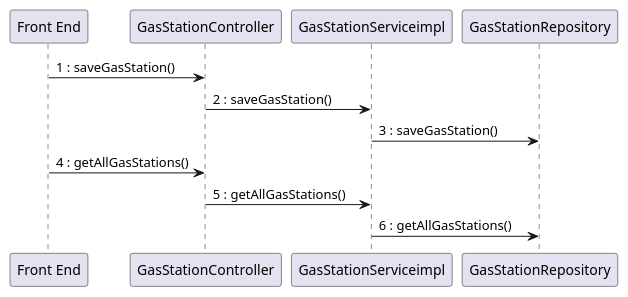
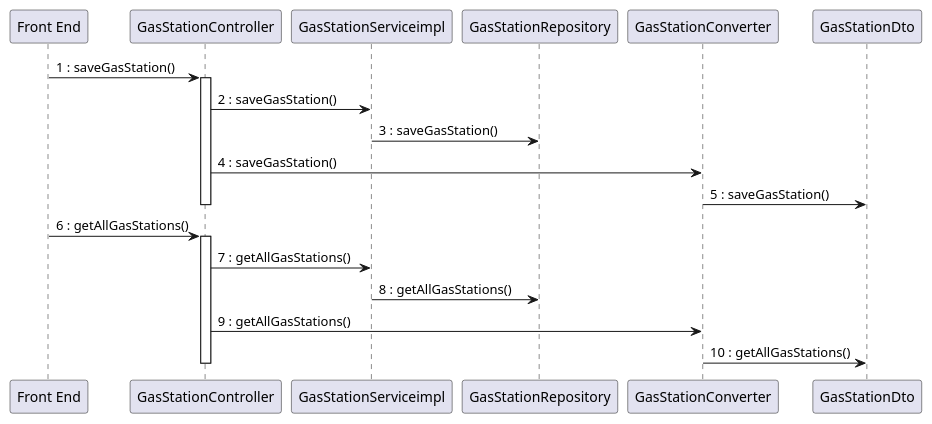
Before and after one commit to mosTavassoli/ezgas: the eighth of 15 diagrams in docs/DesignDocument.md, drawn with PlantUML. The commit also changed other lines of this file, not shown here.

Commit message:
docs(DesignDocument): fix traceability matrix, improve sequence diagrams and fill class diagram classes with methods and attributes

````diff
--- a/docs/DesignDocument.md
+++ b/docs/DesignDocument.md
@@ -359,13 +520,24 @@
 ```plantuml
 "Front End" -> GasStationController:1 : saveGasStation()
-
+activate GasStationController
 GasStationController -> GasStationServiceimpl:2 : saveGasStation()
 
 GasStationServiceimpl -> GasStationRepository:3 : saveGasStation()
 
-"Front End" -> GasStationController:4 : getAllGasStations()
+GasStationController -> GasStationConverter:4 : saveGasStation()
 
-GasStationController -> GasStationServiceimpl:5 : getAllGasStations()
+GasStationConverter -> GasStationDto:5 : saveGasStation()
+deactivate GasStationController
 
-GasStationServiceimpl -> GasStationRepository:6 : getAllGasStations()
+"Front End" -> GasStationController:6 : getAllGasStations()
+activate GasStationController
+GasStationController -> GasStationServiceimpl:7 : getAllGasStations()
+
+GasStationServiceimpl -> GasStationRepository:8 : getAllGasStations()
+
+GasStationController -> GasStationConverter:9 : getAllGasStations()
+
+GasStationConverter -> GasStationDto:10 : getAllGasStations()
+deactivate GasStationController
+
 ```
````
